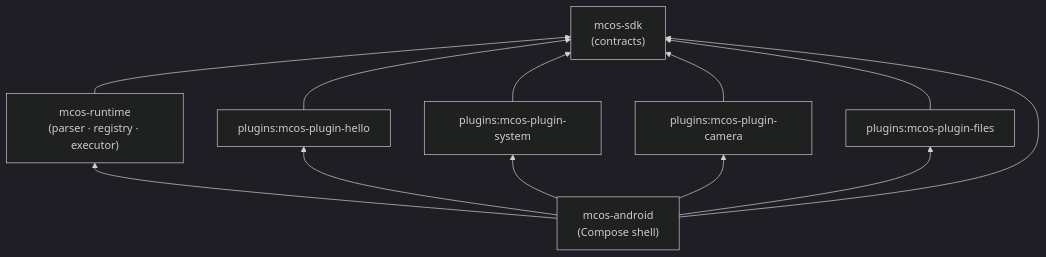
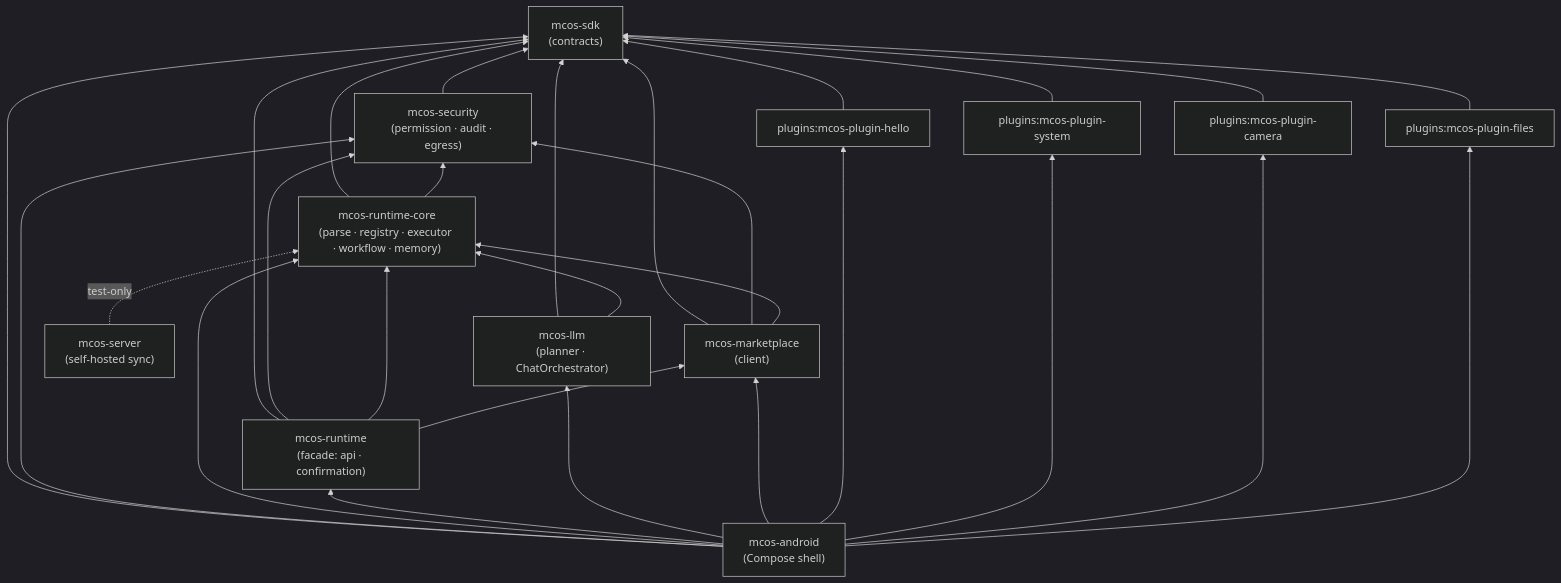
The diagram in docs/en/REPOSITORIES.md (Morainet/mcos), drawn with Mermaid (dark theme) before and after one commit. The commit also changed other lines of this file, not shown here.

````diff
--- a/docs/en/REPOSITORIES.md
+++ b/docs/en/REPOSITORIES.md
@@ -15,22 +15,43 @@
 ```mermaid
 flowchart BT
     sdk["mcos-sdk<br/>(contracts)"]
-    rt["mcos-runtime<br/>(parser · registry · executor)"]
+    sec["mcos-security<br/>(permission · audit · egress)"]
+    core["mcos-runtime-core<br/>(parse · registry · executor · workflow · memory)"]
+    llm["mcos-llm<br/>(planner · ChatOrchestrator)"]
+    mkt["mcos-marketplace<br/>(client)"]
+    rt["mcos-runtime<br/>(facade: api · confirmation)"]
     hello["plugins:mcos-plugin-hello"]
     sys["plugins:mcos-plugin-system"]
     cam["plugins:mcos-plugin-camera"]
     files["plugins:mcos-plugin-files"]
     app["mcos-android<br/>(Compose shell)"]
+    srv["mcos-server<br/>(self-hosted sync)"]
 
+    sec --> sdk
+    core --> sdk
+    core --> sec
+    llm --> sdk
+    llm --> core
+    mkt --> sdk
+    mkt --> sec
+    mkt --> core
     rt --> sdk
+    rt --> sec
+    rt --> core
+    rt --> mkt
     hello --> sdk
     sys --> sdk
     cam --> sdk
     files --> sdk
+    app --> sdk
+    app --> sec
+    app --> core
     app --> rt
-    app --> sdk
+    app --> llm
+    app --> mkt
     app --> hello
     app --> sys
     app --> cam
     app --> files
+    srv -.->|"test-only"| core
 ```
````
